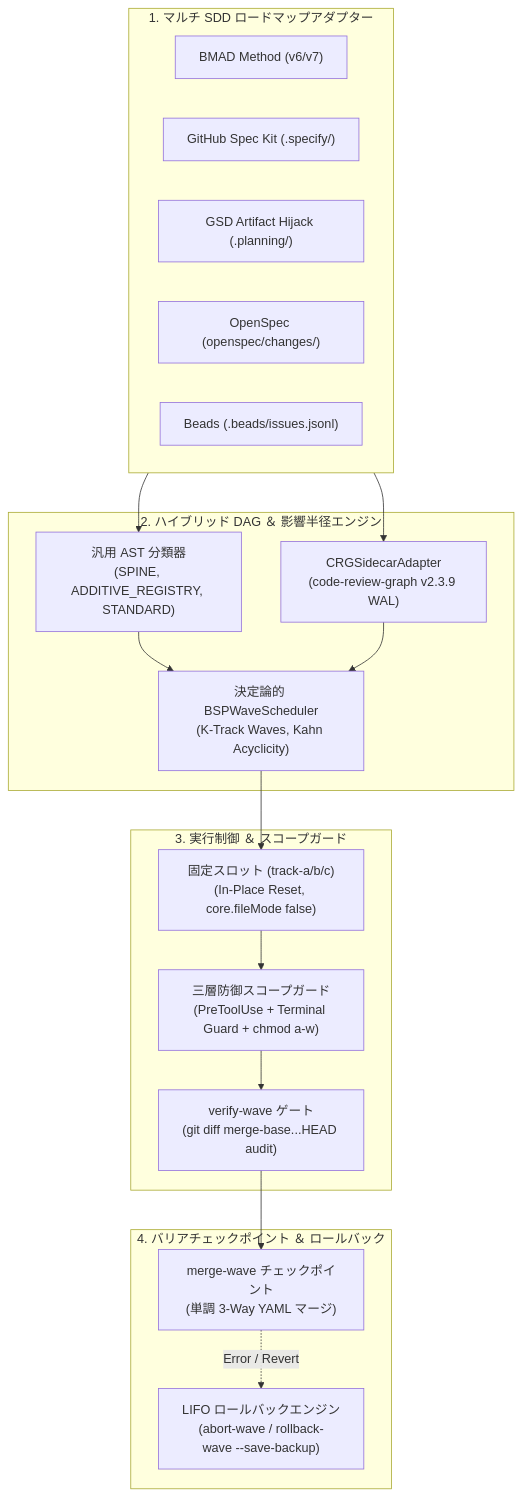
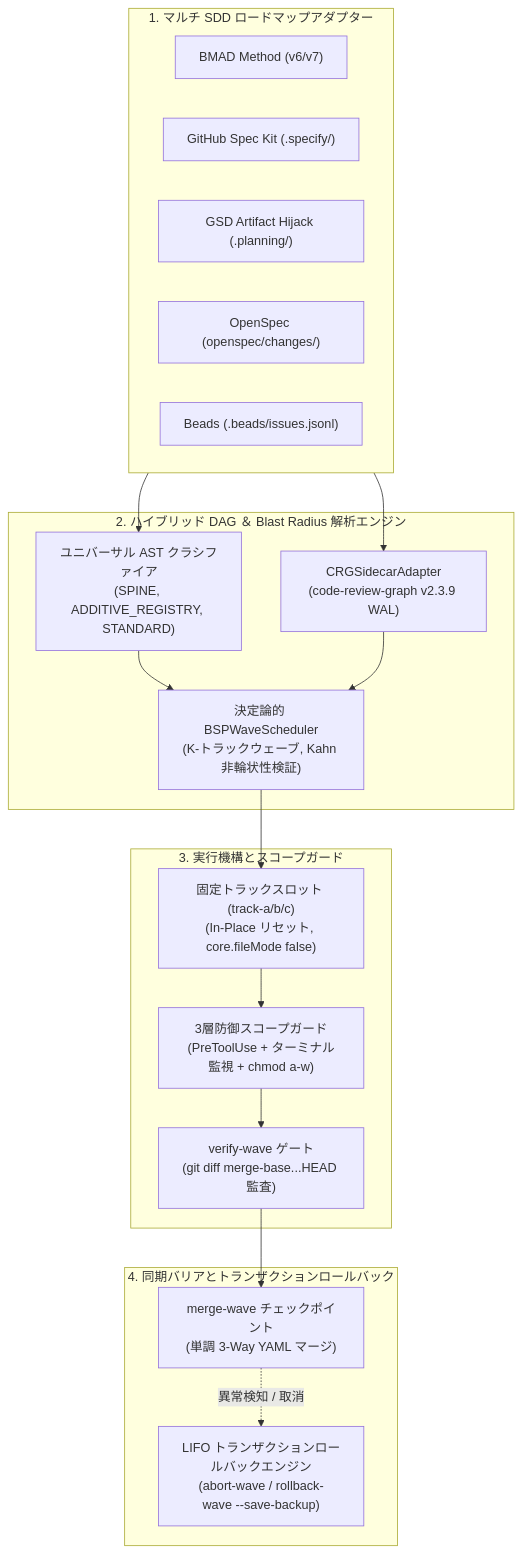
One commit to stopActingSoSmall/sdd-parallel changed the second of 2 diagrams in docs/i18n/ja/README.md. Above: the diagram before and after it, drawn with Mermaid. The commit also changed other lines of this file and 5 other files, not shown here.

````diff
--- a/docs/i18n/ja/README.md
+++ b/docs/i18n/ja/README.md
@@ -157,34 +248,34 @@
 ```mermaid
 flowchart TD
     subgraph Inputs["1. マルチ SDD ロードマップアダプター"]
         BMAD["BMAD Method (v6/v7)"]
         SpecKit["GitHub Spec Kit (.specify/)"]
         GSD["GSD Artifact Hijack (.planning/)"]
         OpenSpec["OpenSpec (openspec/changes/)"]
         Beads["Beads (.beads/issues.jsonl)"]
     end
 
-    subgraph Engine["2. ハイブリッド DAG ＆ 影響半径エンジン"]
-        AST["汎用 AST 分類器\n(SPINE, ADDITIVE_REGISTRY, STANDARD)"]
+    subgraph Engine["2. ハイブリッド DAG ＆ Blast Radius 解析エンジン"]
+        AST["ユニバーサル AST クラシファイア\n(SPINE, ADDITIVE_REGISTRY, STANDARD)"]
         CRG["CRGSidecarAdapter\n(code-review-graph v2.3.9 WAL)"]
-        BSP["決定論的 BSPWaveScheduler\n(K-Track Waves, Kahn Acyclicity)"]
+        BSP["決定論的 BSPWaveScheduler\n(K-トラックウェーブ, Kahn 非輪状性検証)"]
     end
 
-    subgraph Actuation["3. 実行制御 ＆ スコープガード"]
-        Slots["固定スロット (track-a/b/c)\n(In-Place Reset, core.fileMode false)"]
-        Guard["三層防御スコープガード\n(PreToolUse + Terminal Guard + chmod a-w)"]
-        Verify["verify-wave ゲート\n(git diff merge-base...HEAD audit)"]
+    subgraph Actuation["3. 実行機構とスコープガード"]
+        Slots["固定トラックスロット (track-a/b/c)\n(In-Place リセット, core.fileMode false)"]
+        Guard["3層防御スコープガード\n(PreToolUse + ターミナル監視 + chmod a-w)"]
+        Verify["verify-wave ゲート\n(git diff merge-base...HEAD 監査)"]
     end
 
-    subgraph Barrier["4. バリアチェックポイント ＆ ロールバック"]
+    subgraph Barrier["4. 同期バリアとトランザクションロールバック"]
         Merge["merge-wave チェックポイント\n(単調 3-Way YAML マージ)"]
-        Rollback["LIFO ロールバックエンジン\n(abort-wave / rollback-wave --save-backup)"]
+        Rollback["LIFO トランザクションロールバックエンジン\n(abort-wave / rollback-wave --save-backup)"]
     end
 
     Inputs --> AST & CRG
     AST & CRG --> BSP
     BSP --> Slots
     Slots --> Guard --> Verify
     Verify --> Merge
-    Merge -. Error / Revert .-> Rollback
+    Merge -. 異常検知 / 取消 .-> Rollback
 ```
````
